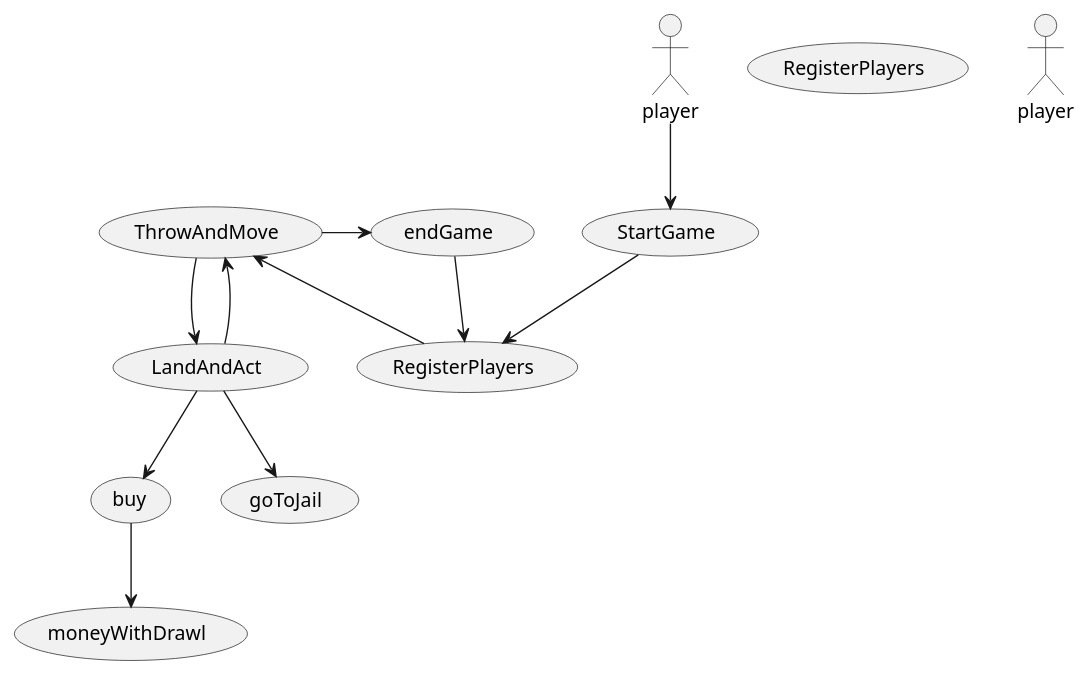
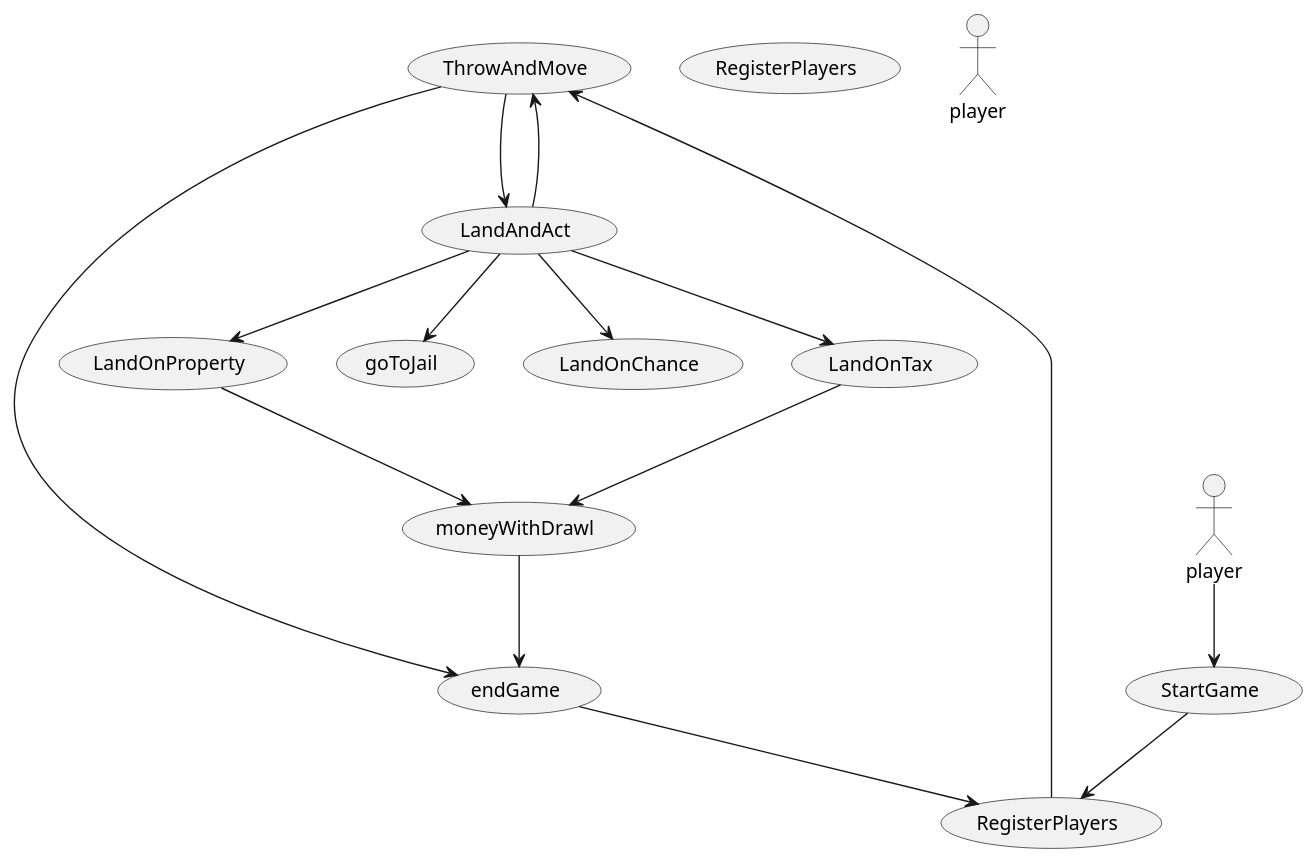
Before and after one commit to Dat1Cphbusiness/MonopolyF25: the diagram in doc/UseCase1to5.puml, drawn with PlantUML.

```diff
--- a/doc/UseCase1to5.puml
+++ b/doc/UseCase1to5.puml
@@ -1,39 +1,45 @@
 @startuml
 'https://plantuml.com/use-case-diagram
 
 
 (StartGame)
 (RegisterPlayers) as (UC2)
 usecase ThrowAndMove
 usecase LandAndAct
 usecase endGame
-usecase buy
+usecase LandOnProperty
 usecase moneyWithDrawl
 usecase goToJail
+usecase LandOnChance
+usecase LandOnTax
 
 player as actor
 player --> (StartGame)
 (StartGame) --> (RegisterPlayers)
 (RegisterPlayers) --> (ThrowAndMove)
 (ThrowAndMove) -> endGame
 ThrowAndMove --> LandAndAct
 endGame --> (RegisterPlayers)
 LandAndAct --> ThrowAndMove
-LandAndAct --> buy
+LandAndAct --> LandOnProperty
 LandAndAct --> goToJail
-buy --> moneyWithDrawl
+LandAndAct --> LandOnChance
+LandAndAct --> LandOnTax
+LandOnProperty --> moneyWithDrawl
+LandOnTax --> moneyWithDrawl
+moneyWithDrawl --> endGame
 
 
 
 
 
 
 
 
 
 
 
 
 
 
 @enduml
```
